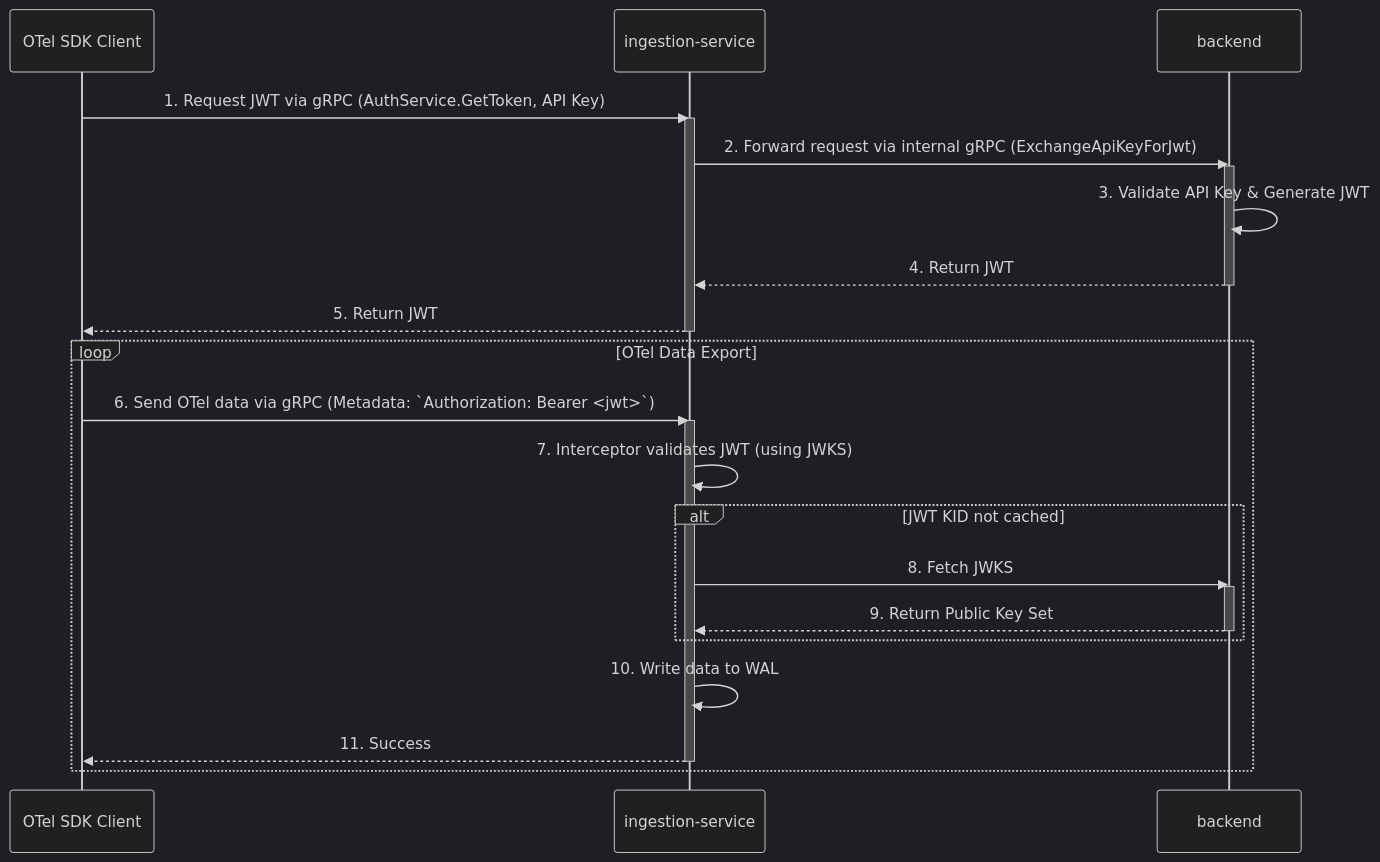
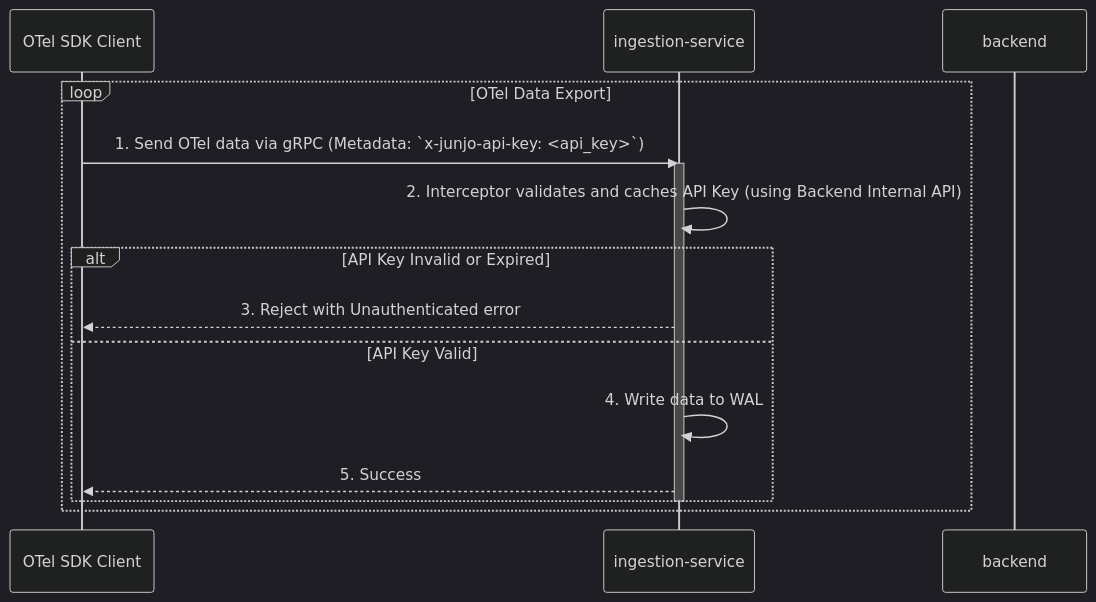
The second of 2 diagrams in AGENTS.md (mdrideout/junjo-server), drawn with Mermaid (dark theme) before and after one commit. The commit also changed other lines of this file and 29 other files, not shown here.

Commit message:
Removed JWT auth implementation, replaced with an API key validator and cache system.

````diff
--- a/AGENTS.md
+++ b/AGENTS.md
@@ -82,31 +83,19 @@
 ```mermaid
 sequenceDiagram
     participant Client as OTel SDK Client
     participant Ingestion as ingestion-service
     participant Backend as backend
 
-    Client->>Ingestion: 1. Request JWT via gRPC (AuthService.GetToken, API Key)
-    activate Ingestion
-    Ingestion->>Backend: 2. Forward request via internal gRPC (ExchangeApiKeyForJwt)
-    activate Backend
-    Backend->>Backend: 3. Validate API Key & Generate JWT
-    Backend-->>Ingestion: 4. Return JWT
-    deactivate Backend
-    Ingestion-->>Client: 5. Return JWT
-    deactivate Ingestion
-
     loop OTel Data Export
-        Client->>Ingestion: 6. Send OTel data via gRPC (Metadata: `Authorization: Bearer <jwt>`)
+        Client->>Ingestion: 1. Send OTel data via gRPC (Metadata: `x-junjo-api-key: <api_key>`)
         activate Ingestion
-        Ingestion->>Ingestion: 7. Interceptor validates JWT (using JWKS)
-        alt JWT KID not cached
-            Ingestion->>Backend: 8. Fetch JWKS
-            activate Backend
-            Backend-->>Ingestion: 9. Return Public Key Set
-            deactivate Backend
+        Ingestion->>Ingestion: 2. Interceptor validates and caches API Key (using Backend Internal API)
+        alt API Key Invalid or Expired
+            Ingestion-->>Client: 3. Reject with Unauthenticated error
+        else API Key Valid
+            Ingestion->>Ingestion: 4. Write data to WAL
+            Ingestion-->>Client: 5. Success
         end
-        Ingestion->>Ingestion: 10. Write data to WAL
-        Ingestion-->>Client: 11. Success
         deactivate Ingestion
     end
 ```
````
